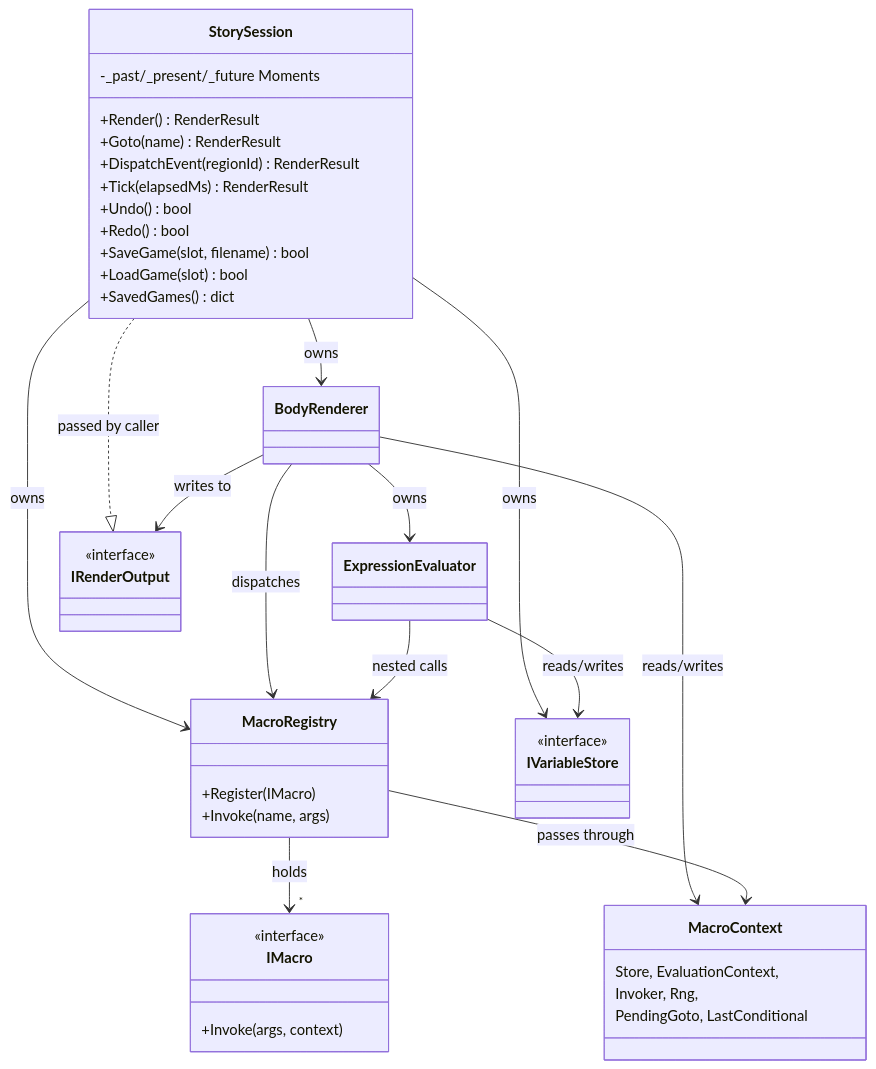
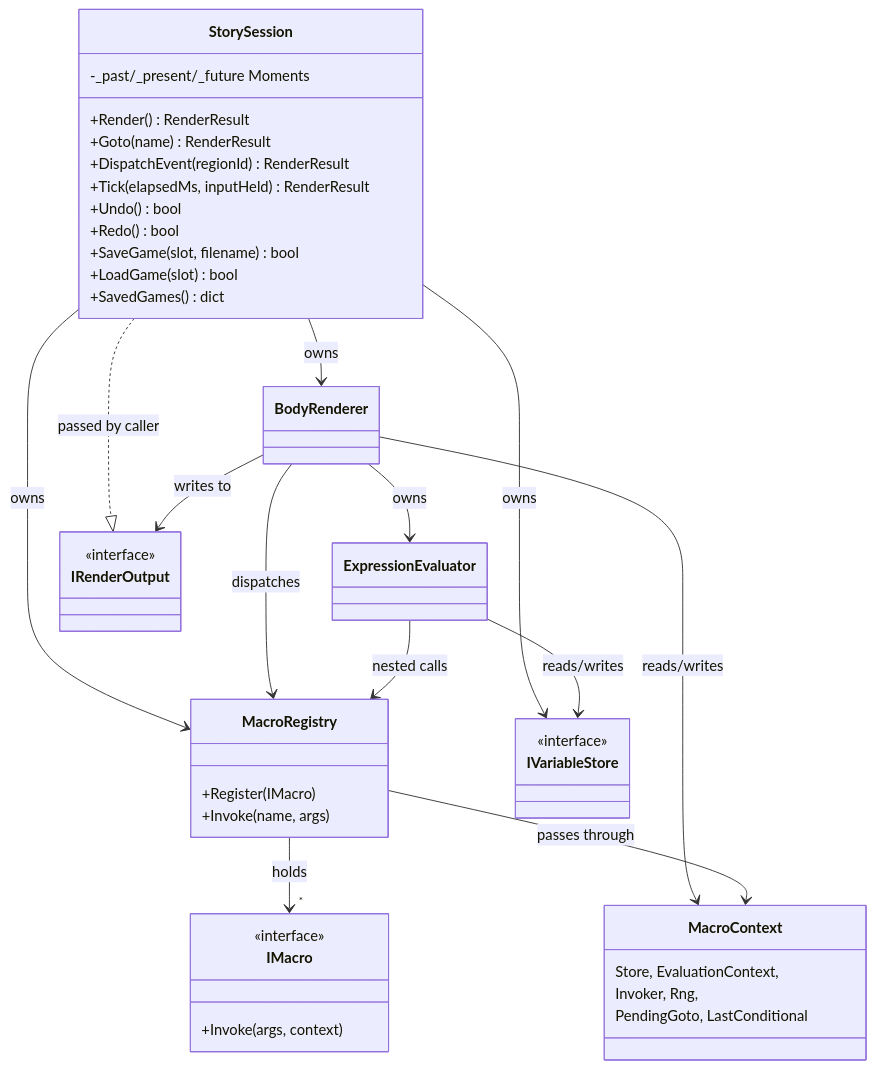
One commit to RaheelYawar/twinelike changed the fourth of 6 diagrams in ARCHITECTURE.md. Above: the diagram before and after it, drawn with Mermaid. The commit also changed other lines of this file and 19 other files, not shown here.

````diff
--- a/ARCHITECTURE.md
+++ b/ARCHITECTURE.md
@@ -261,49 +261,49 @@
 ```mermaid
 classDiagram
   class StorySession {
     +Render() RenderResult
     +Goto(name) RenderResult
     +DispatchEvent(regionId) RenderResult
-    +Tick(elapsedMs) RenderResult
+    +Tick(elapsedMs, inputHeld) RenderResult
     +Undo() bool
     +Redo() bool
     +SaveGame(slot, filename) bool
     +LoadGame(slot) bool
     +SavedGames() dict
     -_past/_present/_future Moments
   }
   class BodyRenderer
   class ExpressionEvaluator
   class MacroRegistry {
     +Register(IMacro)
     +Invoke(name, args)
   }
   class IRenderOutput {
     <<interface>>
   }
   class IVariableStore {
     <<interface>>
   }
   class MacroContext {
     Store, EvaluationContext,
     Invoker, Rng,
     PendingGoto, LastConditional
   }
   class IMacro {
     <<interface>>
     +Invoke(args, context)
   }
 
   StorySession --> BodyRenderer : owns
   StorySession --> MacroRegistry : owns
   StorySession --> IVariableStore : owns
   StorySession ..|> IRenderOutput : passed by caller
   BodyRenderer --> ExpressionEvaluator : owns
   BodyRenderer --> IRenderOutput : writes to
   BodyRenderer --> MacroRegistry : dispatches
   BodyRenderer --> MacroContext : reads/writes
   ExpressionEvaluator --> IVariableStore : reads/writes
   ExpressionEvaluator --> MacroRegistry : nested calls
   MacroRegistry --> "*" IMacro : holds
   MacroRegistry --> MacroContext : passes through
 ```
````
